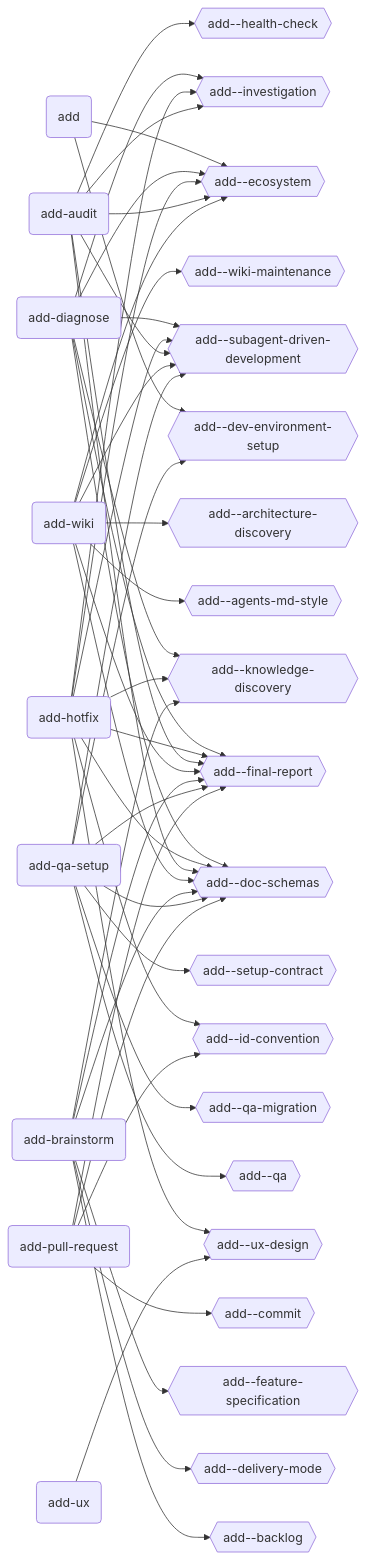
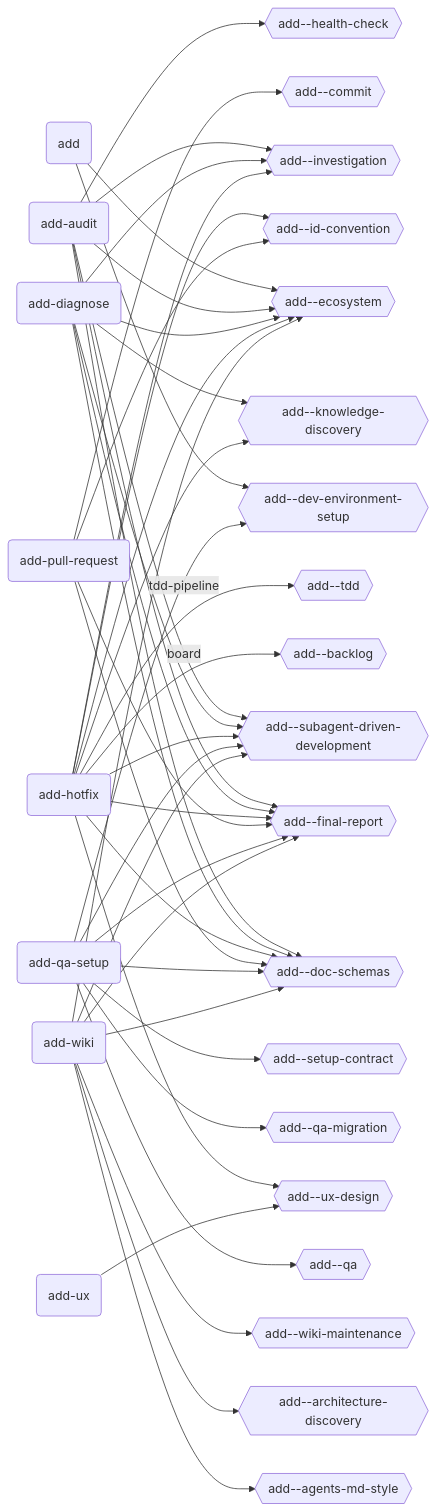
The second of 3 diagrams in ecosystem.md (brabos-ai/code-addiction), drawn with Mermaid before and after one commit. The commit also changed other lines of this file and 4 other files, not shown here.

````diff
--- a/ecosystem.md
+++ b/ecosystem.md
@@ -48,43 +65,42 @@
 ```mermaid
 graph LR
   ADD(add)
+  AUDIT(add-audit)
   DIAGNOSE(add-diagnose)
   HOTFIX(add-hotfix)
-  AUDIT(add-audit)
+  PULLREQUEST(add-pull-request)
+  QASETUP(add-qa-setup)
+  UX(add-ux)
   WIKI(add-wiki)
-  BRAINSTORM(add-brainstorm)
-  UX(add-ux)
-  QASETUP(add-qa-setup)
-  PULLREQUEST(add-pull-request)
 
   AGMDST{{add--agents-md-style}}
   ARDI{{add--architecture-discovery}}
-  BALO{{add--backlog}}
+  BA{{add--backlog}}
   CO{{add--commit}}
   DEENSE{{add--dev-environment-setup}}
-  DELMO{{add--delivery-mode}}
   DOSC{{add--doc-schemas}}
   EC{{add--ecosystem}}
-  FESP{{add--feature-specification}}
-  FINR{{add--final-report}}
+  FIRE{{add--final-report}}
   HECH{{add--health-check}}
   IDCO{{add--id-convention}}
   IN{{add--investigation}}
   KNDI{{add--knowledge-discovery}}
   QA{{add--qa}}
   QAMI{{add--qa-migration}}
   SECO{{add--setup-contract}}
-  SDDA{{add--subagent-driven-development}}
+  SUDRDE{{add--subagent-driven-development}}
+  TD{{add--tdd}}
   UXDE{{add--ux-design}}
   WIMA{{add--wiki-maintenance}}
 
   ADD --> DEENSE & EC
-  DIAGNOSE --> DOSC & EC & FINR & IN & KNDI & SDDA
-  HOTFIX --> DOSC & EC & FINR & IDCO & IN & KNDI & SDDA & UXDE
-  AUDIT --> DOSC & EC & FINR & HECH & IN & SDDA
-  WIKI --> AGMDST & ARDI & DOSC & EC & FINR & SDDA & WIMA
-  BRAINSTORM --> BALO & DELMO & DOSC & FESP & FINR & KNDI
+  AUDIT --> DOSC & EC & FIRE & HECH & IN & SUDRDE
+  DIAGNOSE --> DOSC & EC & FIRE & IN & KNDI & SUDRDE
+  HOTFIX --> DOSC & EC & FIRE & IDCO & IN & KNDI & SUDRDE & UXDE
+  HOTFIX -->|board| BA
+  HOTFIX -->|tdd-pipeline| TD
+  PULLREQUEST --> CO & DOSC & FIRE & IDCO
+  QASETUP --> DEENSE & DOSC & FIRE & QA & QAMI & SECO & SUDRDE
   UX --> UXDE
-  QASETUP --> DEENSE & DOSC & FINR & QA & QAMI & SECO & SDDA
-  PULLREQUEST --> CO & DOSC & FINR & IDCO
+  WIKI --> AGMDST & ARDI & DOSC & EC & FIRE & SUDRDE & WIMA
 ```
````
